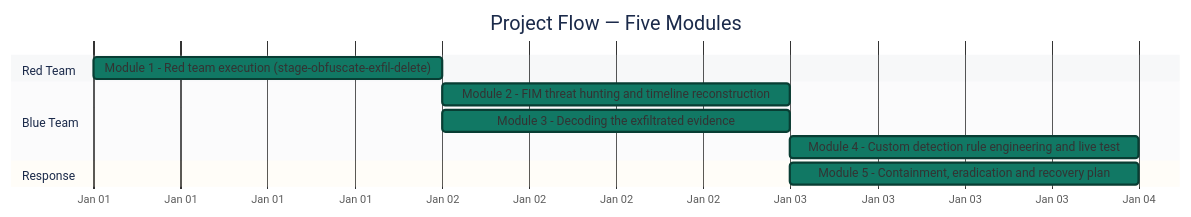
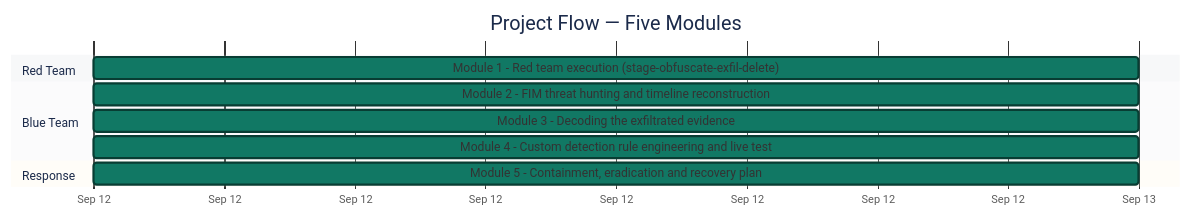
The second of 4 diagrams in 3-Advanced-Cyber-Projects/project-13-soc-redvsblue-capstone/README.md (malaika-azhar/Cybersecurity-Lab-Projects), drawn with Mermaid before and after one commit. The commit also changed other lines of this file, not shown here.

````diff
--- a/3-Advanced-Cyber-Projects/project-13-soc-redvsblue-capstone/README.md
+++ b/3-Advanced-Cyber-Projects/project-13-soc-redvsblue-capstone/README.md
@@ -119,21 +119,21 @@
 ```mermaid
 %%{init: { 'theme': 'base', 'themeVariables': {
   'doneTaskBkgColor':'#117864', 'doneTaskBorderColor':'#083D33',
   'sectionBkgColor':'#D6DBDF', 'altSectionBkgColor':'#EAECEE',
   'taskTextColor':'#FFFFFF', 'taskTextOutsideColor':'#1B2631',
   'taskTextLightColor':'#FFFFFF',
   'titleColor':'#1B2A4A', 'fontSize':'18px'
 }}}%%
 gantt
     title Project Flow — Five Modules
     dateFormat YYYY-MM-DD
     axisFormat %b %d
     section Red Team
-    Module 1 - Red team execution (stage-obfuscate-exfil-delete)  :done, 2026-01-01, 1d
+    Module 1 - Red team execution (stage-obfuscate-exfil-delete)  :done, 2026-09-12, 1d
     section Blue Team
-    Module 2 - FIM threat hunting and timeline reconstruction     :done, 2026-01-02, 1d
-    Module 3 - Decoding the exfiltrated evidence                  :done, 2026-01-02, 1d
-    Module 4 - Custom detection rule engineering and live test    :done, 2026-01-03, 1d
+    Module 2 - FIM threat hunting and timeline reconstruction     :done, 2026-09-12, 1d
+    Module 3 - Decoding the exfiltrated evidence                  :done, 2026-09-12, 1d
+    Module 4 - Custom detection rule engineering and live test    :done, 2026-09-12, 1d
     section Response
-    Module 5 - Containment, eradication and recovery plan         :done, 2026-01-03, 1d
+    Module 5 - Containment, eradication and recovery plan         :done, 2026-09-12, 1d
 ```
````
